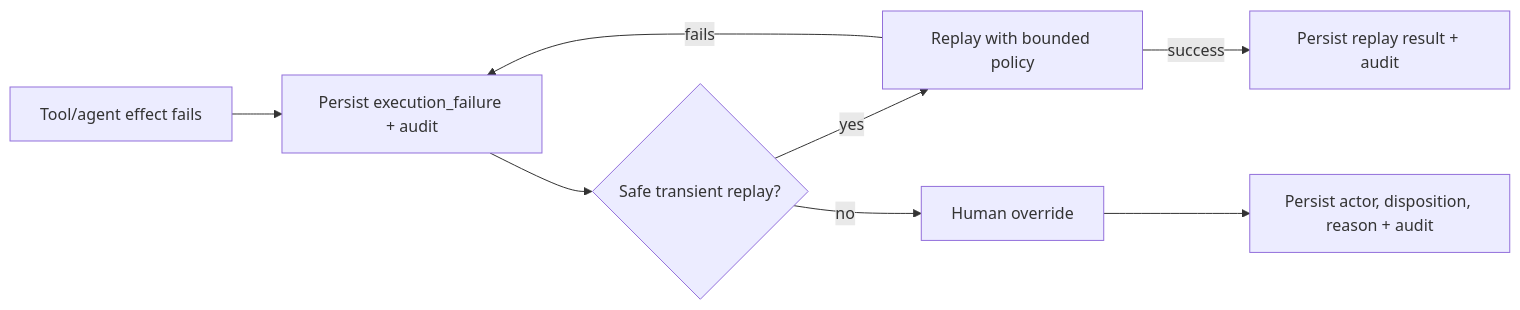
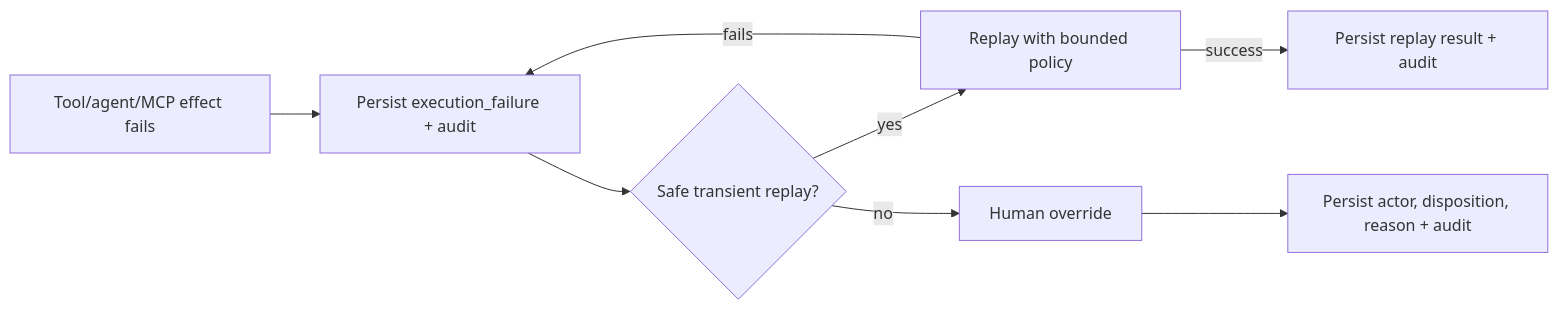
Before and after one commit to mkleinbe/mesh-ai-agent-cos-universe: the second of 2 diagrams in docs/runbook.md, drawn with Mermaid. The commit also changed other lines of this file, not shown here.

Commit message:
docs: add Workspace Agent deployment runbook

````diff
--- a/docs/runbook.md
+++ b/docs/runbook.md
@@ -103,10 +157,10 @@
 ```mermaid
 flowchart LR
-    FAIL[Tool/agent effect fails] --> REC[Persist execution_failure + audit]
+    FAIL[Tool/agent/MCP effect fails] --> REC[Persist execution_failure + audit]
     REC --> AUTO{Safe transient replay?}
     AUTO -->|yes| REPLAY[Replay with bounded policy]
     AUTO -->|no| HUMAN[Human override]
     REPLAY -->|success| DONE[Persist replay result + audit]
     REPLAY -->|fails| REC
     HUMAN --> OVERRIDE[Persist actor, disposition, reason + audit]
 ```
````
